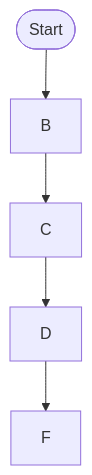
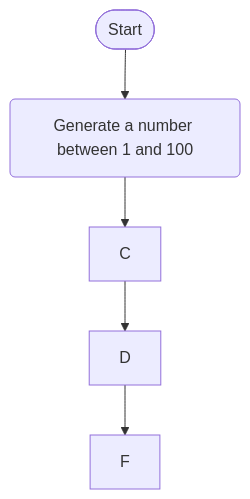
One commit to Dlc1235/Dlc1235.github.io changed the diagram in README.md. Above: the diagram before and after it, drawn with Mermaid.

````diff
--- a/README.md
+++ b/README.md
@@ -19,7 +19,7 @@
 ```mermaid
 flowchart TD
-  Start([Start]) --> B
+  Start([Start]) --> B(Generate a number between 1 and 100)
 B --> C
 C --> D
 D --> F
 ```
````
